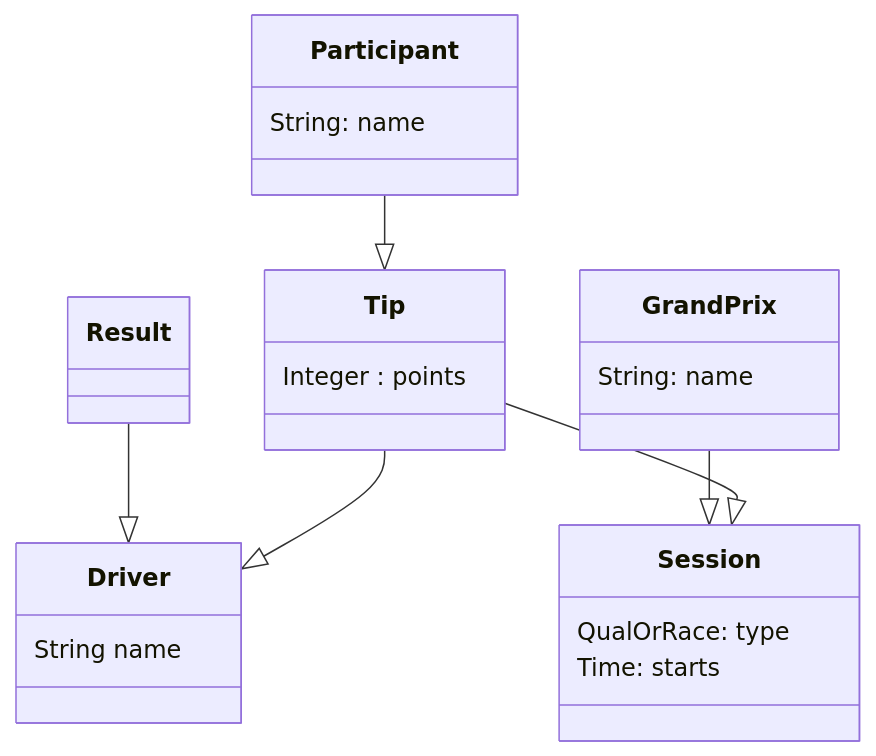
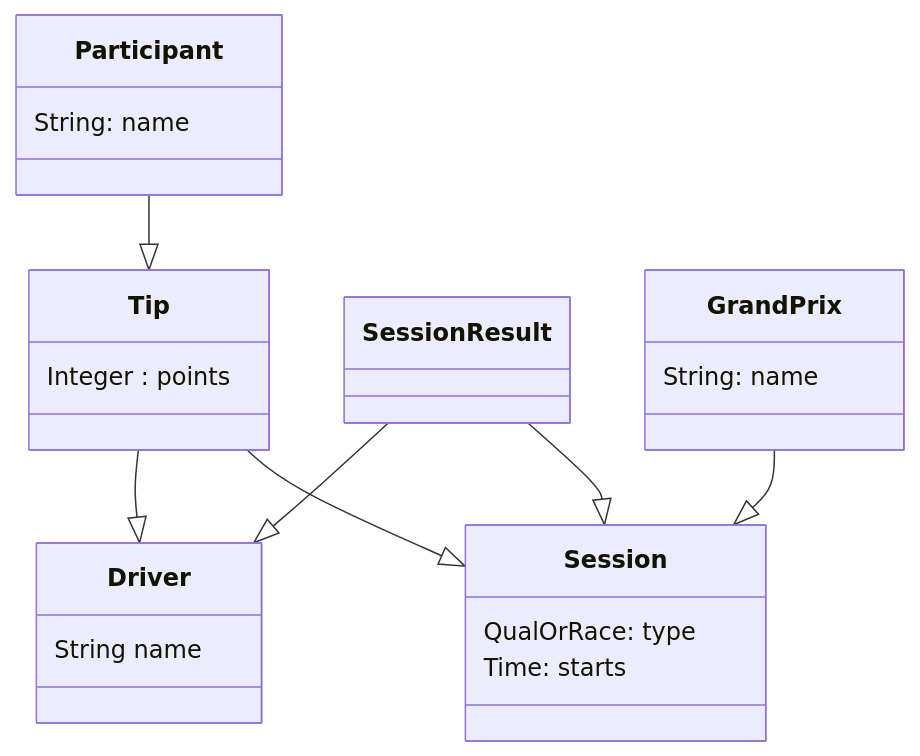
One commit to perty/h2example changed the diagram in Model.md. Above: the diagram before and after it, drawn with Mermaid. The commit also changed 1 other file, not shown here.

Commit message:
First attempt on an example model.

````diff
--- a/Model.md
+++ b/Model.md
@@ -29,27 +29,27 @@
 ```mermaid
 classDiagram
     class Tip {
         Integer : points
     }
     class Driver {
         String name
     }
     class Session {
         QualOrRace: type
         Time: starts
     }
+    class SessionResult {
+    }
     class Participant {
         String: name
-    }
-    class Result {
     }
     class GrandPrix {
         String: name
     }
-    
     GrandPrix --|> Session
-    Result --|> Driver
+    SessionResult --|> Driver
+    SessionResult --|> Session
     Tip --|> Driver
     Tip --|> Session
     Participant --|> Tip
 ```
````
